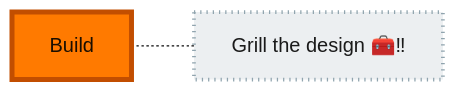
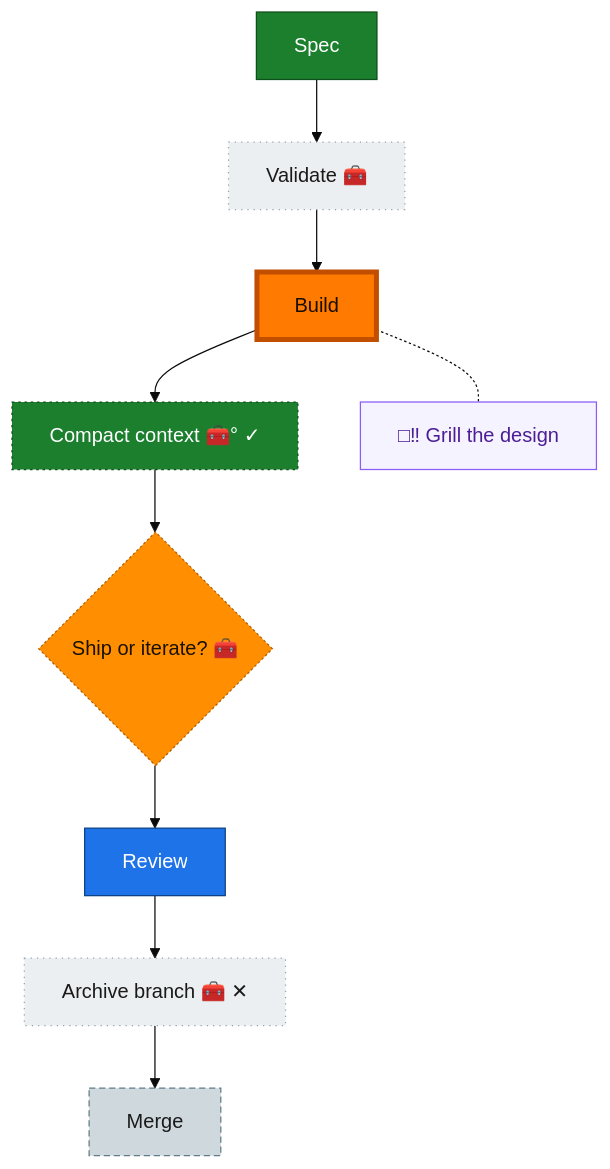
Before and after one commit to AI-Substrate/harness-engineering: the diagram in harness/cli/test/services/flow/fixtures/render/chore-nodes.md, drawn with Mermaid (base theme). The commit also changed other lines of this file and 9 other files, not shown here.

First line of the commit message:
feat(flow-render): TD two-column renderer layout (plan 043)

````diff
--- a/harness/cli/test/services/flow/fixtures/render/chore-nodes.md
+++ b/harness/cli/test/services/flow/fixtures/render/chore-nodes.md
@@ -30,12 +8,30 @@
 ```mermaid
-flowchart LR
+flowchart TD
+    spec["Spec"]:::done
+    val["Validate 🧰"]:::unknown
     build["Build"]:::wip
-    guard["Grill the design 🧰‼"]:::unknown
-    build -.- guard
+    compact["Compact context 🧰° ✓"]:::done
+    dec{"Ship or iterate? 🧰"}:::decision
+    review["Review"]:::known
+    archive["Archive branch 🧰 ✕"]:::unknown
+    merge["Merge"]:::assumed
+
+    spec --> val --> build --> compact --> dec --> review --> archive --> merge
+
+    buildC["□‼ Grill the design"]:::chore
+
+    %% dotted links pull each gutter box beside its node
+    build -.- buildC
+
+    classDef done fill:#1B7F2E,stroke:#0F4F1B,color:#fff;
     classDef wip fill:#43C04A,stroke:#1B7F2E,color:#04210A;
+    classDef known fill:#1E73E8,stroke:#0D3F86,color:#fff;
+    classDef assumed fill:#CFD8DC,stroke:#607D8B,color:#1a1a1a,stroke-dasharray:5 3;
+    classDef decision fill:#FF8F00,stroke:#B25E00,color:#1a1100,stroke-dasharray:2 2;
     classDef unknown fill:#ECEFF1,stroke:#90A4AE,color:#1a1a1a,stroke-dasharray:1 4;
-    classDef impStrong stroke-width:3px;
+    classDef chore fill:#f5f3ff,stroke:#8b5cf6,color:#4c1d95,text-align:left;
+    classDef impOptional stroke-dasharray:2 3;
     classDef current fill:#FF7A00,stroke:#C24E00,color:#1a0e00,stroke-width:4px;
-    class guard impStrong;
+    class compact impOptional;
     class build current;
 ```
````
